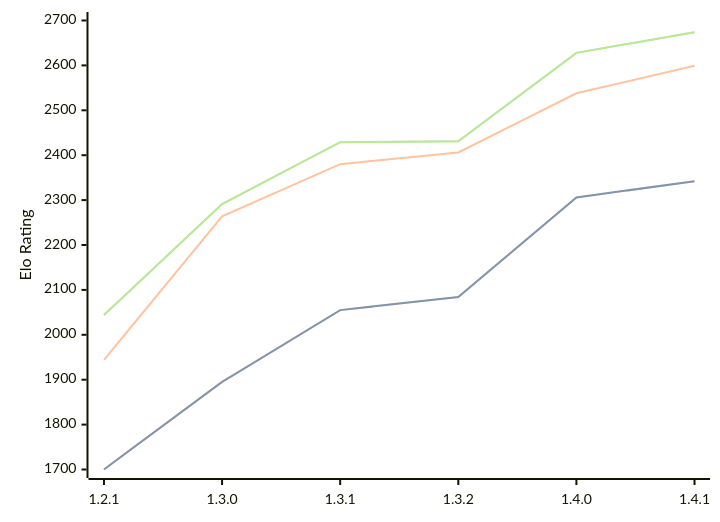
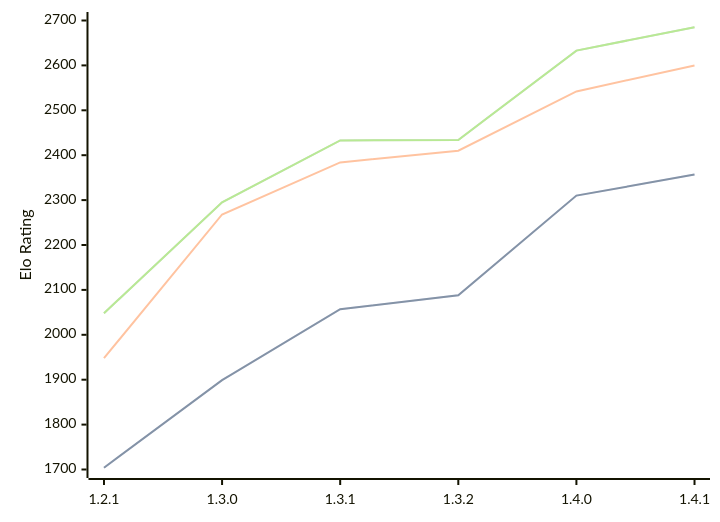
One commit to computer-chess-index/cci changed the diagram in engines/Chal.md. Above: the diagram before and after it, drawn with Mermaid. The commit also changed other lines of this file, not shown here.

Commit message:
Update CCI Ratings (ELO VLTC) - 2026-05-02

````diff
--- a/engines/Chal.md
+++ b/engines/Chal.md
@@ -39,11 +39,11 @@
 ```mermaid
 %%{init: {"theme":"base","themeVariables":{"seriesColors:['#a3a3a3','#222221','#faa371']}}}%%
 xychart-beta
   x-axis ["1.2.1", "1.3.0", "1.3.1", "1.3.2", "1.4.0", "1.4.1"]
   y-axis "Elo Rating" 1700 --> 2700
-  line "STC (8.0+0.08s)" [1700, 1895, 2055, 2084, 2306, 2342]
-  line "STC (8.0+0.08s)" [1700, 1895, 2055, 2084, 2306, 2342]
-  line "LTC (60.0+0.60s)" [1944, 2264, 2380, 2406, 2538, 2599]
-  line "VLTC (2m24s+1.12s)" [2044, 2291, 2429, 2431, 2628, 2674]
-  line "VLTC (2m24s+1.12s)" [2044, 2291, 2429, 2431, 2628, 2674]
+  line "STC (8.0+0.08s)" [1704, 1899, 2057, 2088, 2310, 2357]
+  line "STC (8.0+0.08s)" [1704, 1899, 2057, 2088, 2310, 2357]
+  line "LTC (60.0+0.60s)" [1948, 2268, 2384, 2410, 2542, 2600]
+  line "VLTC (2m24s+1.12s)" [2048, 2295, 2433, 2434, 2633, 2685]
+  line "VLTC (2m24s+1.12s)" [2048, 2295, 2433, 2434, 2633, 2685]
 ```
````
